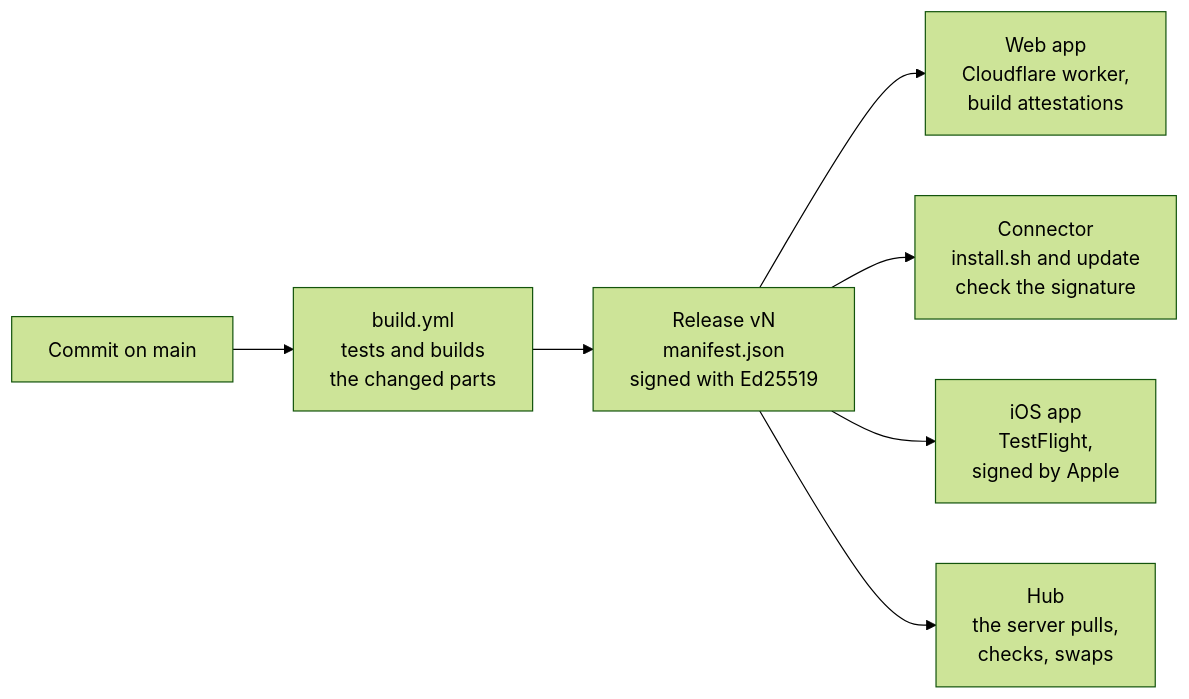
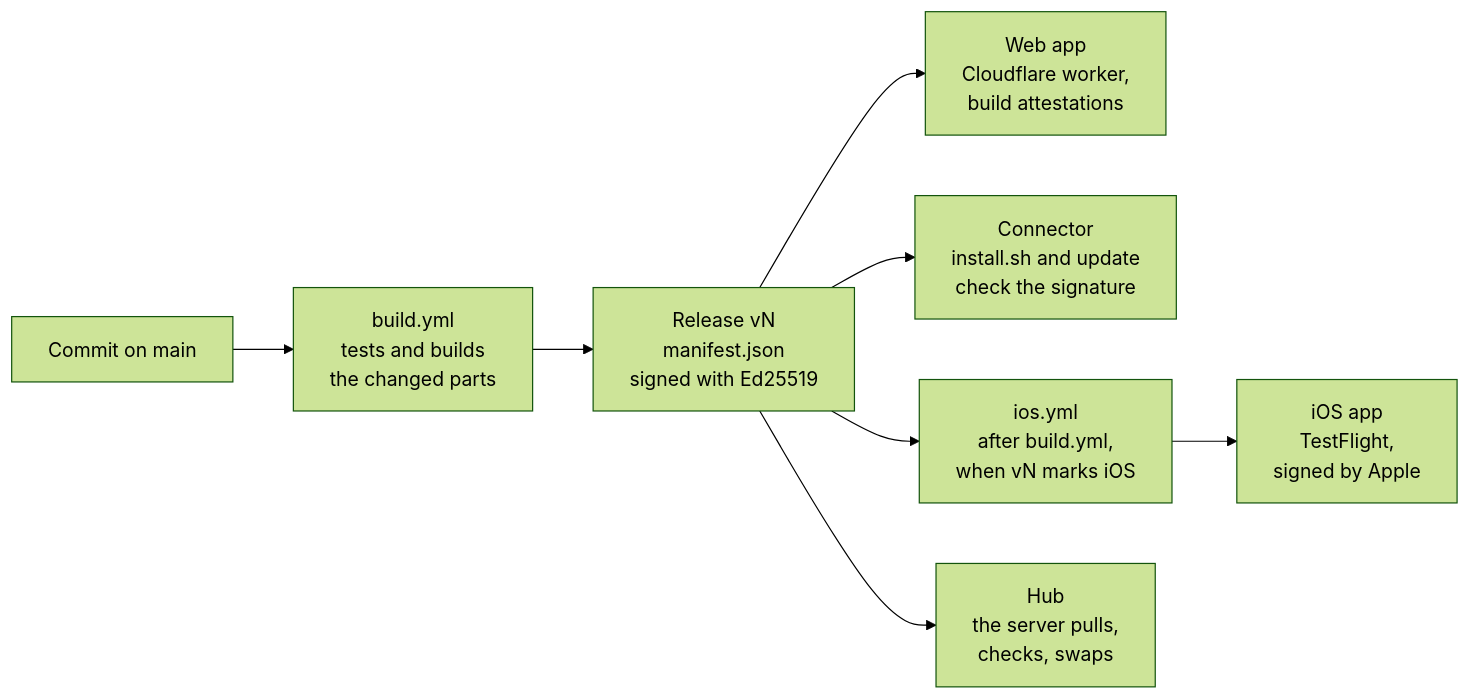
Before and after one commit to chriopter/trommi: the fifth of 6 diagrams in README.md, drawn with Mermaid (forest theme). The commit also changed other lines of this file and 9 other files, not shown here.

First line of the commit message:
New: ios.yml, the iOS app's own workflow: iOS client (check) and the 10-iPhone torture run on pull requests; after build.yml on main, when its release marks iOS changed, the client check, the core for devices on the Mac and the TestFlight delivery; an issue when it fails (#89)

````diff
--- a/README.md
+++ b/README.md
@@ -232,9 +232,10 @@
 ```mermaid
 flowchart LR
   commit["Commit on main"] --> build["build.yml<br/>tests and builds<br/>the changed parts"]
   build --> rel["Release vN<br/>manifest.json<br/>signed with Ed25519"]
   rel --> web["Web app<br/>Cloudflare worker,<br/>build attestations"]
   rel --> conn["Connector<br/>install.sh and update<br/>check the signature"]
-  rel --> ios["iOS app<br/>TestFlight,<br/>signed by Apple"]
+  rel --> iosci["ios.yml<br/>after build.yml,<br/>when vN marks iOS"]
+  iosci --> ios["iOS app<br/>TestFlight,<br/>signed by Apple"]
   rel --> hub["Hub<br/>the server pulls,<br/>checks, swaps"]
 ```
````
